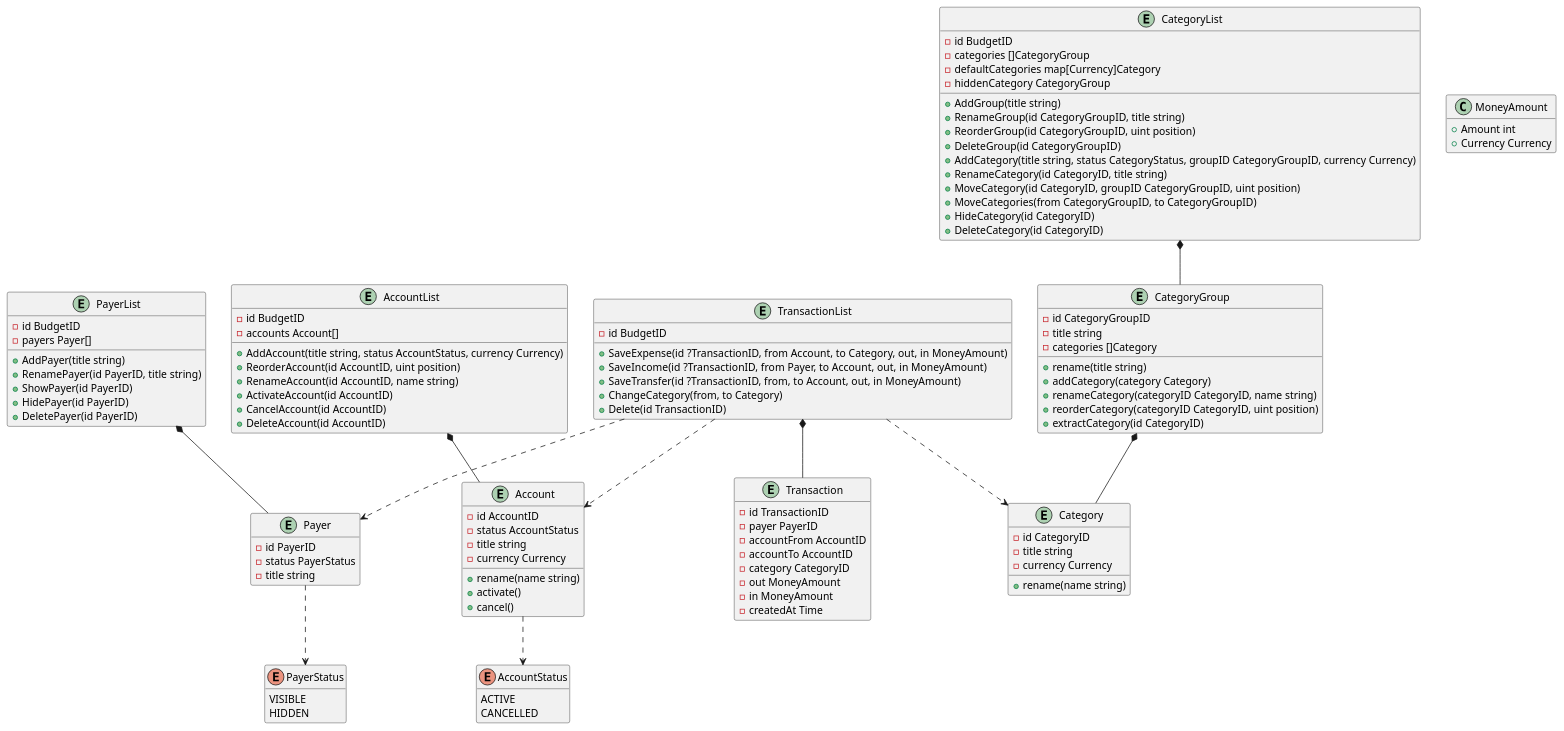
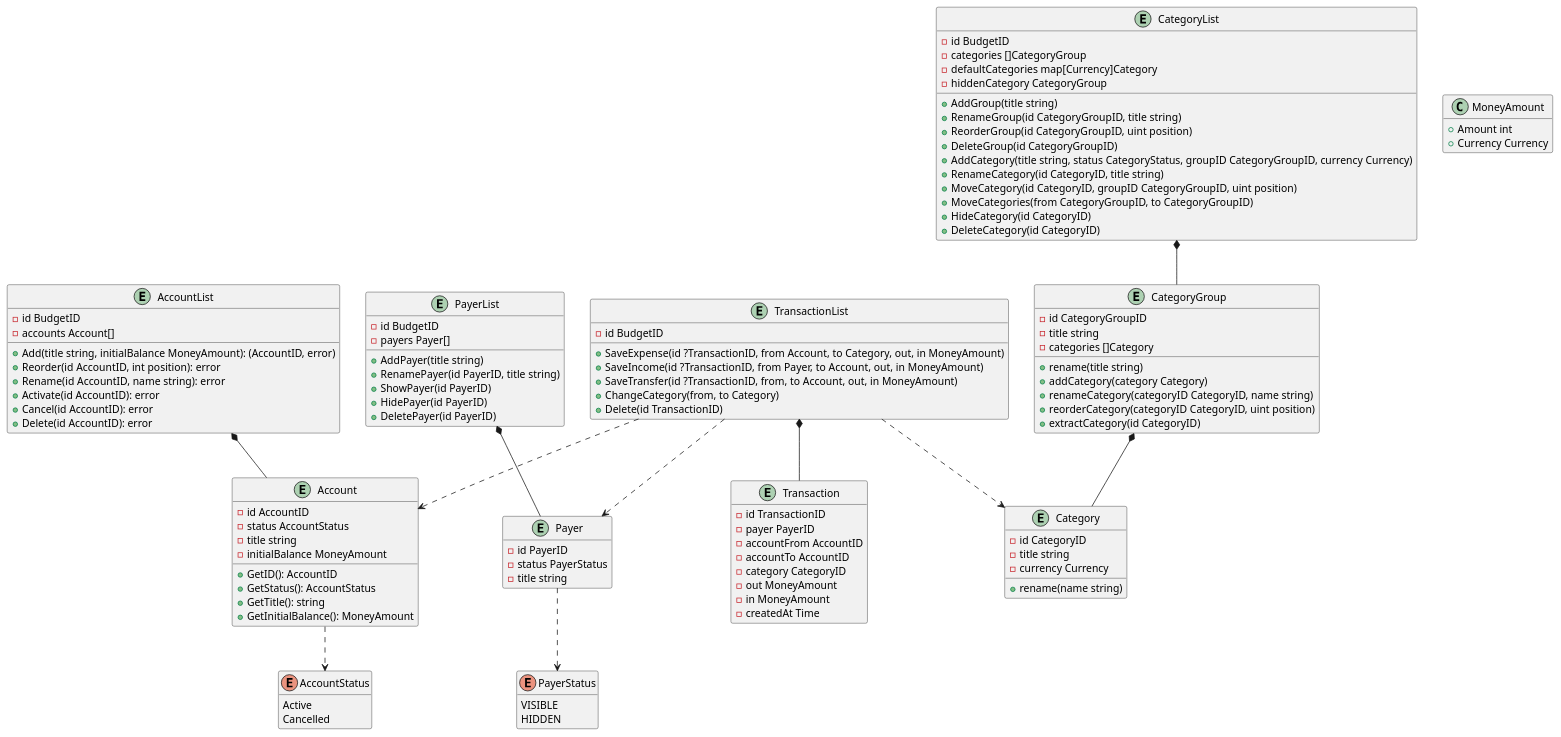
The diagram in docs/domain.plantuml (klwxsrx/budget-tracker), drawn with PlantUML before and after one commit.

Commit message:
Поправил uml диаграмму

```diff
--- a/docs/domain.plantuml
+++ b/docs/domain.plantuml
@@ -1,135 +1,137 @@
 @startuml
 hide empty fields
 hide empty methods
 
+enum AccountStatus {
+ Active
+ Cancelled
+}
+
+entity Account {
+ -id AccountID
+ -status AccountStatus
+ -title string
+ -initialBalance MoneyAmount
+ +GetID(): AccountID
+ +GetStatus(): AccountStatus
+ +GetTitle(): string
+ +GetInitialBalance(): MoneyAmount
+}
+
+Account ..> AccountStatus
+
+entity AccountList {
+ -id BudgetID
+ -accounts Account[]
+ +Add(title string, initialBalance MoneyAmount): (AccountID, error)
+ +Reorder(id AccountID, int position): error
+ +Rename(id AccountID, name string): error
+ +Activate(id AccountID): error
+ +Cancel(id AccountID): error
+ +Delete(id AccountID): error
+}
+
+AccountList *-- Account
+
+
+
+' TODO: implement model below
 enum PayerStatus {
  VISIBLE
  HIDDEN
 }
 
 entity Payer {
  -id PayerID
  -status PayerStatus
  -title string
 }
 
 Payer ..> PayerStatus
 
 entity PayerList {
  -id BudgetID
  -payers Payer[]
  +AddPayer(title string)
  +RenamePayer(id PayerID, title string)
  +ShowPayer(id PayerID)
  +HidePayer(id PayerID)
  +DeletePayer(id PayerID)
 }
 
 PayerList *-- Payer
-
-
-
-enum AccountStatus {
- ACTIVE
- CANCELLED
-}
-
-entity Account {
- -id AccountID
- -status AccountStatus
- -title string
- -currency Currency
- +rename(name string)
- +activate()
- +cancel()
-}
-
-Account ..> AccountStatus
-
-entity AccountList {
- -id BudgetID
- -accounts Account[]
- +AddAccount(title string, status AccountStatus, currency Currency)
- +ReorderAccount(id AccountID, uint position)
- +RenameAccount(id AccountID, name string)
- +ActivateAccount(id AccountID)
- +CancelAccount(id AccountID)
- +DeleteAccount(id AccountID)
-}
-
-AccountList *-- Account
 
 
 
 entity Category {
  -id CategoryID
  -title string
  -currency Currency
  +rename(name string)
 }
 
 entity CategoryGroup {
  -id CategoryGroupID
  -title string
  -categories []Category
  +rename(title string)
  +addCategory(category Category)
  +renameCategory(categoryID CategoryID, name string)
  +reorderCategory(categoryID CategoryID, uint position)
  +extractCategory(id CategoryID)
 }
 
 CategoryGroup *-- Category
 
 entity CategoryList {
  -id BudgetID
  -categories []CategoryGroup
  -defaultCategories map[Currency]Category
  -hiddenCategory CategoryGroup
  +AddGroup(title string)
  +RenameGroup(id CategoryGroupID, title string)
  +ReorderGroup(id CategoryGroupID, uint position)
  +DeleteGroup(id CategoryGroupID)
  +AddCategory(title string, status CategoryStatus, groupID CategoryGroupID, currency Currency)
  +RenameCategory(id CategoryID, title string)
  +MoveCategory(id CategoryID, groupID CategoryGroupID, uint position)
  +MoveCategories(from CategoryGroupID, to CategoryGroupID)
  +HideCategory(id CategoryID)
  +DeleteCategory(id CategoryID)
 }
 
 CategoryList *-- CategoryGroup
 
 
 
 class MoneyAmount {
  +Amount int
  +Currency Currency
 }
 
 entity Transaction {
  -id TransactionID
  -payer PayerID
  -accountFrom AccountID
  -accountTo AccountID
  -category CategoryID
  -out MoneyAmount
  -in MoneyAmount
  -createdAt Time
 }
 
 entity TransactionList {
  -id BudgetID
  +SaveExpense(id ?TransactionID, from Account, to Category, out, in MoneyAmount)
  +SaveIncome(id ?TransactionID, from Payer, to Account, out, in MoneyAmount)
  +SaveTransfer(id ?TransactionID, from, to Account, out, in MoneyAmount)
  +ChangeCategory(from, to Category)
  +Delete(id TransactionID)
 }
 
 TransactionList *-- Transaction
 TransactionList ..> Payer
 TransactionList ..> Account
 TransactionList ..> Category
 
 @enduml
```
